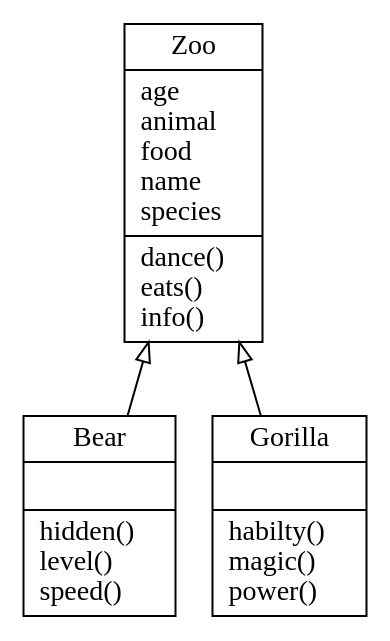
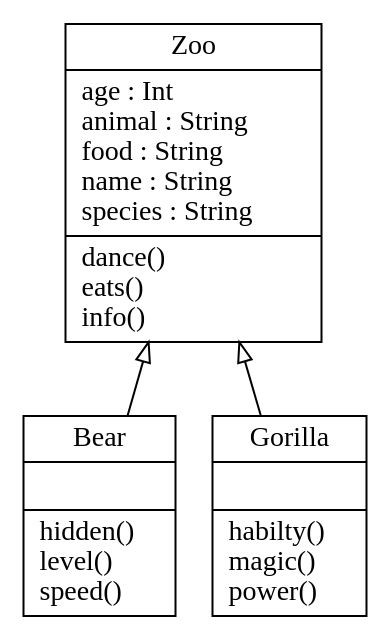
Before and after one commit to AnhellO/DAS_Sistemas: the diagram in Ago-Dic-2020/escarcega-ramirez-erick-orlando/Practicas/Practica-2/classes.dot, drawn with Graphviz. The commit also changed 1 other file, not shown here.

Commit message:
Se actualizo el diagrama UML con el tipo de valor

```diff
--- a/Ago-Dic-2020/escarcega-ramirez-erick-orlando/Practicas/Practica-2/classes.dot
+++ b/Ago-Dic-2020/escarcega-ramirez-erick-orlando/Practicas/Practica-2/classes.dot
@@ -1,9 +1,9 @@
 digraph "classes" {
 charset="utf-8"
 rankdir=BT
 "0" [label="{Bear|\l|hidden()\llevel()\lspeed()\l}", shape="record"];
 "1" [label="{Gorilla|\l|habilty()\lmagic()\lpower()\l}", shape="record"];
-"2" [label="{Zoo|age\lanimal\lfood\lname\lspecies\l|dance()\leats()\linfo()\l}", shape="record"];
+"2" [label="{Zoo|age : Int\lanimal : String\lfood : String\lname : String\lspecies : String\l|dance()\leats()\linfo()\l}", shape="record"];
 "0" -> "2" [arrowhead="empty", arrowtail="none"];
 "1" -> "2" [arrowhead="empty", arrowtail="none"];
 }
```
